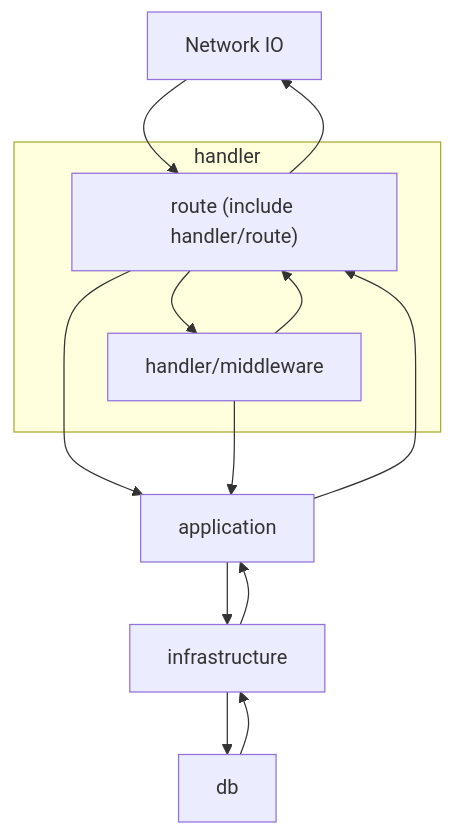
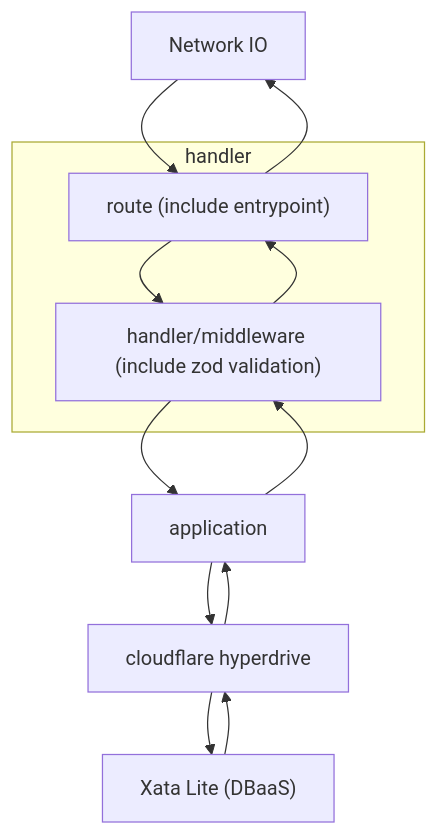
One commit to Myxogastria0808/pay-crew changed the second of 2 diagrams in products/backend/README.md. Above: the diagram before and after it, drawn with Mermaid. The commit also changed other lines of this file and 8 other files, not shown here.

````diff
--- a/products/backend/README.md
+++ b/products/backend/README.md
@@ -73,26 +57,25 @@
 ```mermaid
 flowchart TD
     io[Network IO]
-    route["route (include handler/route)"]
-    middleware["handler/middleware"]
+    route["route (include entrypoint)"]
+    middleware["handler/middleware (include zod validation)"]
     application["application"]
-    infrastructure["infrastructure"]
-    db["db"]
+    hyperdrive["cloudflare hyperdrive"]
+    db["Xata Lite (DBaaS)"]
 
     subgraph handler
         route
         middleware
     end
 
     io --> route
     route --> io
     route --> middleware
     middleware --> route
-    route --> application
-    application --> route
     middleware --> application
-    application --> infrastructure
-    infrastructure --> application
-    infrastructure --> db
-    db --> infrastructure
+    application --> middleware
+    application --> hyperdrive
+    hyperdrive --> application
+    hyperdrive --> db
+    db --> hyperdrive
 ```
````
